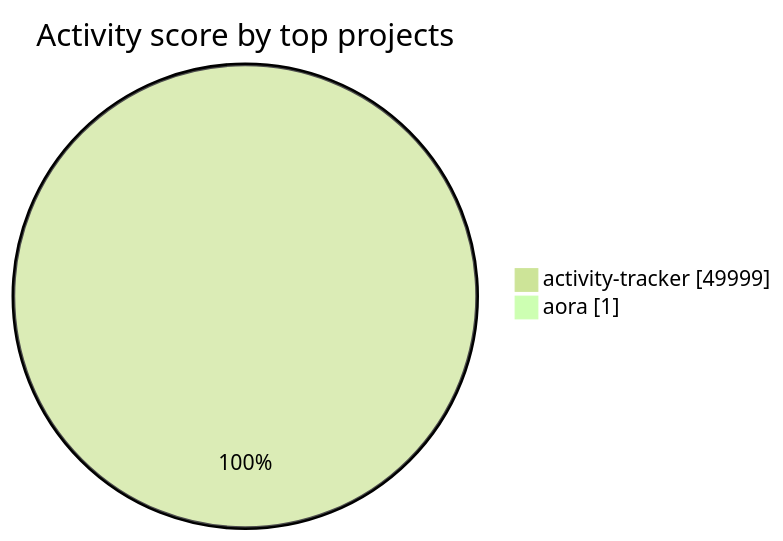
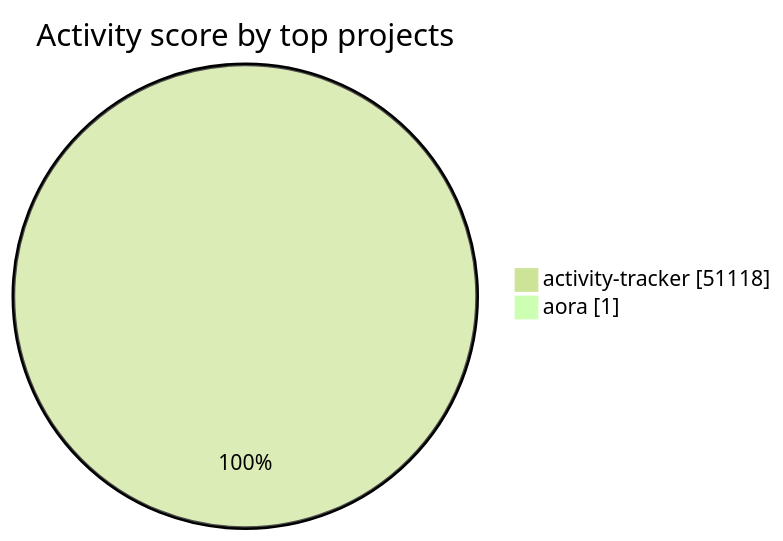
The diagram in visualizations/README.md (Sonkarrushikesh22/activity-tracker), drawn with Mermaid (forest theme) before and after one commit. The commit also changed other lines of this file and 4 other files, not shown here.

````diff
--- a/visualizations/README.md
+++ b/visualizations/README.md
@@ -33,6 +33,6 @@
 ```mermaid
 pie showData
     title Activity score by top projects
-    "activity-tracker" : 49999
+    "activity-tracker" : 51118
     "aora" : 1
 ```
````
